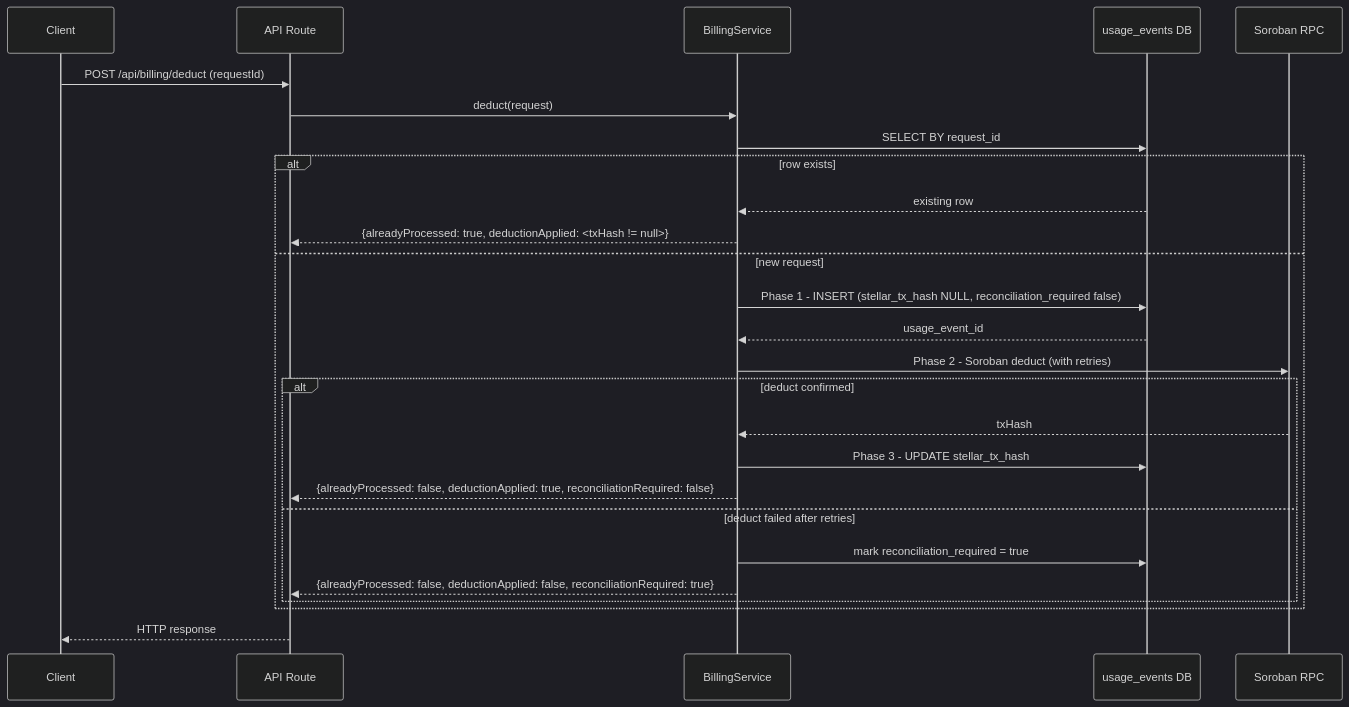
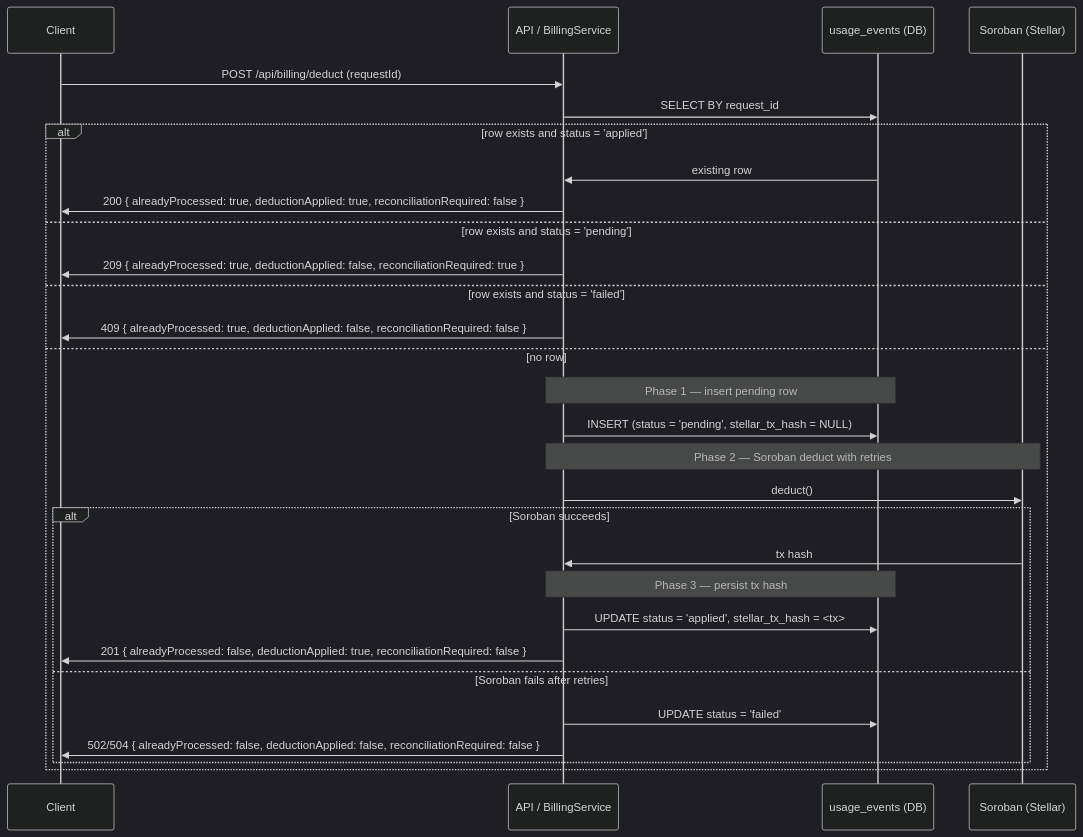
Before and after one commit to CalloraOrg/Callora-Backend: the diagram in docs/billing-idempotency.md, drawn with Mermaid (dark theme). The commit also changed other lines of this file and 2 other files, not shown here.

Commit message:
security: Diagram the three-phase billing deduct lifecycle (#1331)

````diff
--- a/docs/billing-idempotency.md
+++ b/docs/billing-idempotency.md
@@ -51,30 +55,32 @@
 ```mermaid
 sequenceDiagram
     participant C as Client
-    participant A as API Route
-    participant B as BillingService
-    participant D as usage_events DB
-    participant S as Soroban RPC
+    participant A as API / BillingService
+    participant D as usage_events (DB)
+    participant S as Soroban (Stellar)
 
     C->>A: POST /api/billing/deduct (requestId)
-    A->>B: deduct(request)
-    B->>D: SELECT BY request_id
-    alt row exists
-        D-->>B: existing row
-        B-->>A: {alreadyProcessed: true, deductionApplied: <txHash != null>}
-    else new request
-        B->>D: Phase 1 - INSERT (stellar_tx_hash NULL, reconciliation_required false)
-        D-->>B: usage_event_id
-        B->>S: Phase 2 - Soroban deduct (with retries)
-        alt deduct confirmed
-          S-->>B: txHash
-          B->>D: Phase 3 - UPDATE stellar_tx_hash
-          B-->>A: {alreadyProcessed: false, deductionApplied: true, reconciliationRequired: false}
-        else deduct failed after retries
-          B->>D: mark reconciliation_required = true
-          B-->>A: {alreadyProcessed: false, deductionApplied: false, reconciliationRequired: true}
+    A->>D: SELECT BY request_id
+    alt row exists and status = 'applied'
+        D->>A: existing row
+        A->>C: 200 { alreadyProcessed: true, deductionApplied: true, reconciliationRequired: false }
+    else row exists and status = 'pending'
+        A->>C: 209 { alreadyProcessed: true, deductionApplied: false, reconciliationRequired: true }
+    else row exists and status = 'failed'
+        A->>C: 409 { alreadyProcessed: true, deductionApplied: false, reconciliationRequired: false }
+    else no row
+        Note over A,D: Phase 1 — insert pending row
+        A->>D: INSERT (status = 'pending', stellar_tx_hash = NULL)
+        Note over A,S: Phase 2 — Soroban deduct with retries
+        A->>S: deduct()
+        alt Soroban succeeds
+            S->>A: tx hash
+            Note over A,D: Phase 3 — persist tx hash
+            A->>D: UPDATE status = 'applied', stellar_tx_hash = <tx>
+            A->>C: 201 { alreadyProcessed: false, deductionApplied: true, reconciliationRequired: false }
+        else Soroban fails after retries
+            A->>D: UPDATE status = 'failed'
+            A->>C: 502/504 { alreadyProcessed: false, deductionApplied: false, reconciliationRequired: false }
         end
     end
-    A-->>C: HTTP response
-
 ```
````
